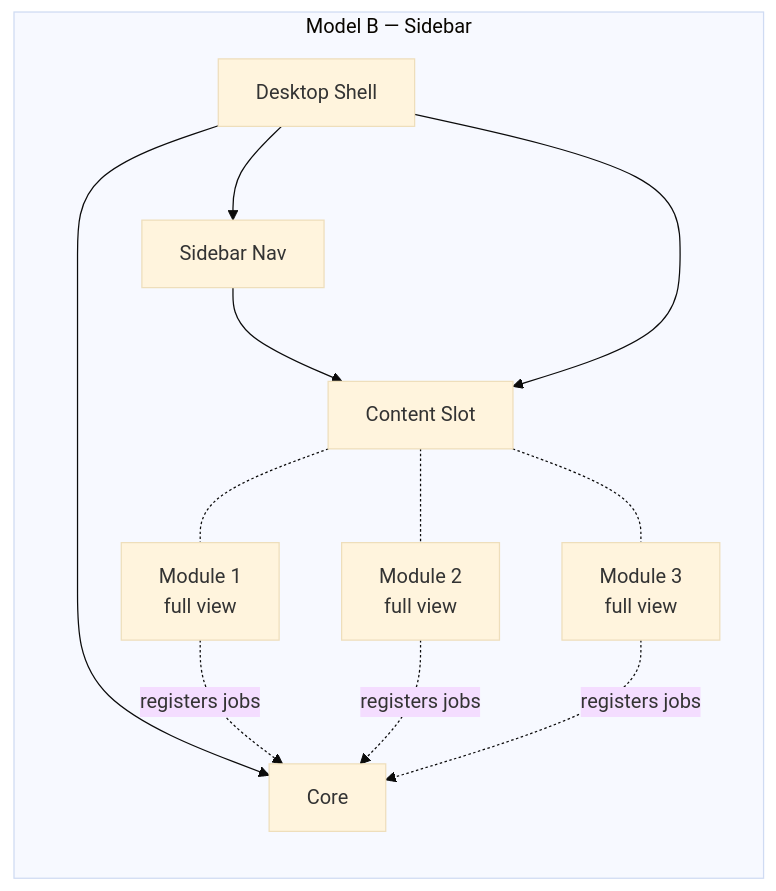
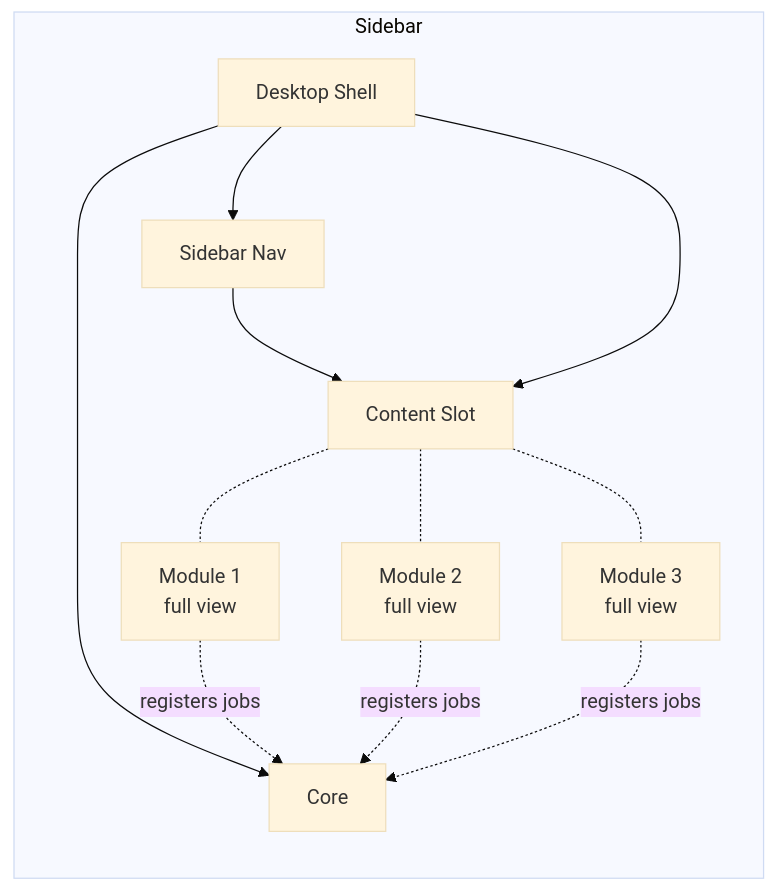
Before and after one commit to jeremysykes/aro-studio-apps-dev: the second of 4 diagrams in diagrams/module-models.md, drawn with Mermaid (base theme). The commit also changed other lines of this file and 15 other files, not shown here.

````diff
--- a/diagrams/module-models.md
+++ b/diagrams/module-models.md
@@ -23,24 +23,24 @@
 ```mermaid
 flowchart TB
-  subgraph ModelB ["Model B — Sidebar"]
+  subgraph ModelB ["Sidebar"]
     direction TB
     DesktopB[Desktop Shell]
     SidebarB[Sidebar Nav]
     ContentB[Content Slot]
     Module1B[Module 1<br/>full view]
     Module2B[Module 2<br/>full view]
     Module3B[Module 3<br/>full view]
     CoreB[Core]
 
     SidebarB --> ContentB
     ContentB -.- Module1B
     ContentB -.- Module2B
     ContentB -.- Module3B
     DesktopB --> SidebarB
     DesktopB --> ContentB
     DesktopB --> CoreB
     Module1B -.->|registers jobs| CoreB
     Module2B -.->|registers jobs| CoreB
     Module3B -.->|registers jobs| CoreB
   end
 ```
````
